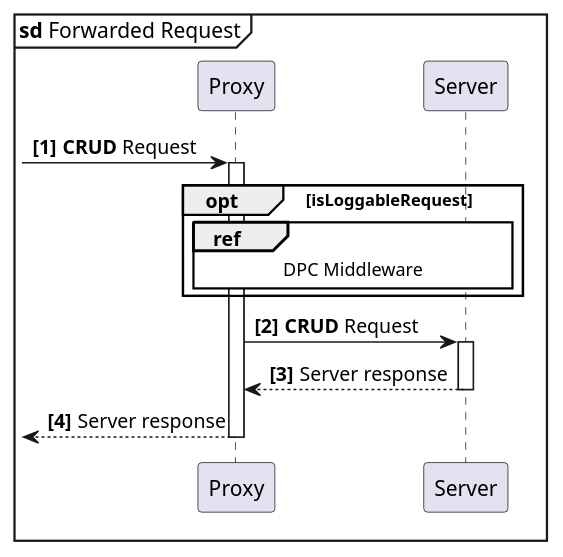
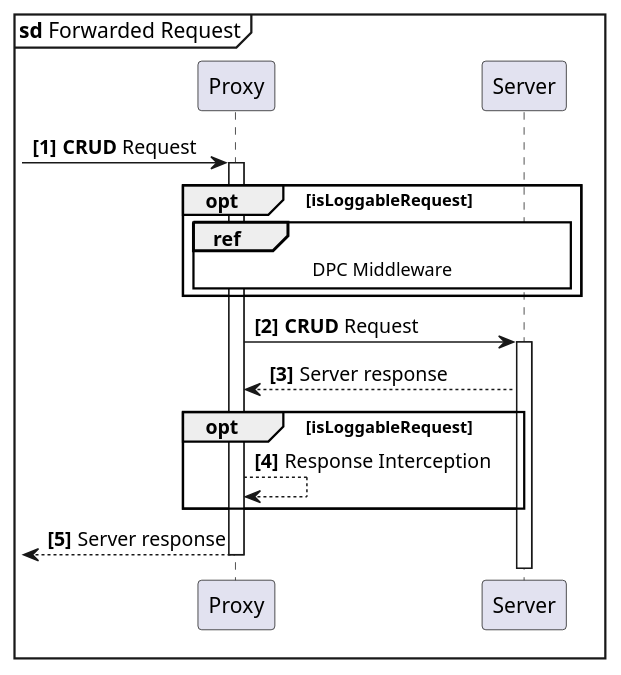
Before and after one commit to guddii/SEACT: the diagram in docs/resources/diagrams/sd_Forwarded_request.puml, drawn with PlantUML. The commit also changed 71 other files, not shown here.

```diff
--- a/docs/resources/diagrams/sd_Forwarded_request.puml
+++ b/docs/resources/diagrams/sd_Forwarded_request.puml
@@ -1,21 +1,24 @@
 @startuml
 'https://plantuml.com/sequence-diagram
 
 skinparam sequenceReferenceBackgroundColor white
 
 mainframe **sd** Forwarded Request
 autonumber 1 1 "<b>[0]"
 
 participant "Proxy" as Proxy
 participant "Server" as Server
 
         [->  Proxy  ++  : **CRUD** Request
         opt isLoggableRequest
         ||5||
         ref over Proxy, Server : DPC Middleware
         end
 Proxy   ->  Server  ++  : **CRUD** Request
-Proxy   <-- Server  --  : Server response
+Proxy   <-- Server      : Server response
+opt isLoggableRequest
+Proxy   --> Proxy       : Response Interception
+end
         [<-- Proxy  --  : Server response
 
 @enduml
```
